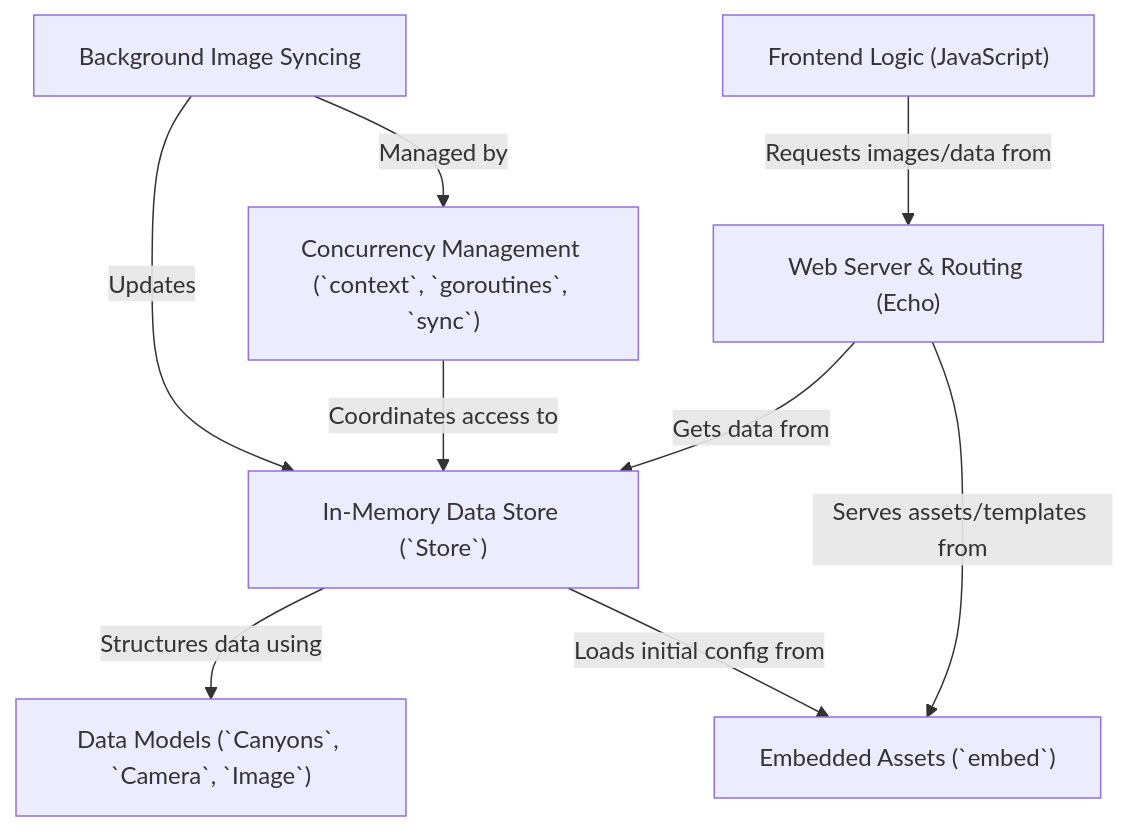
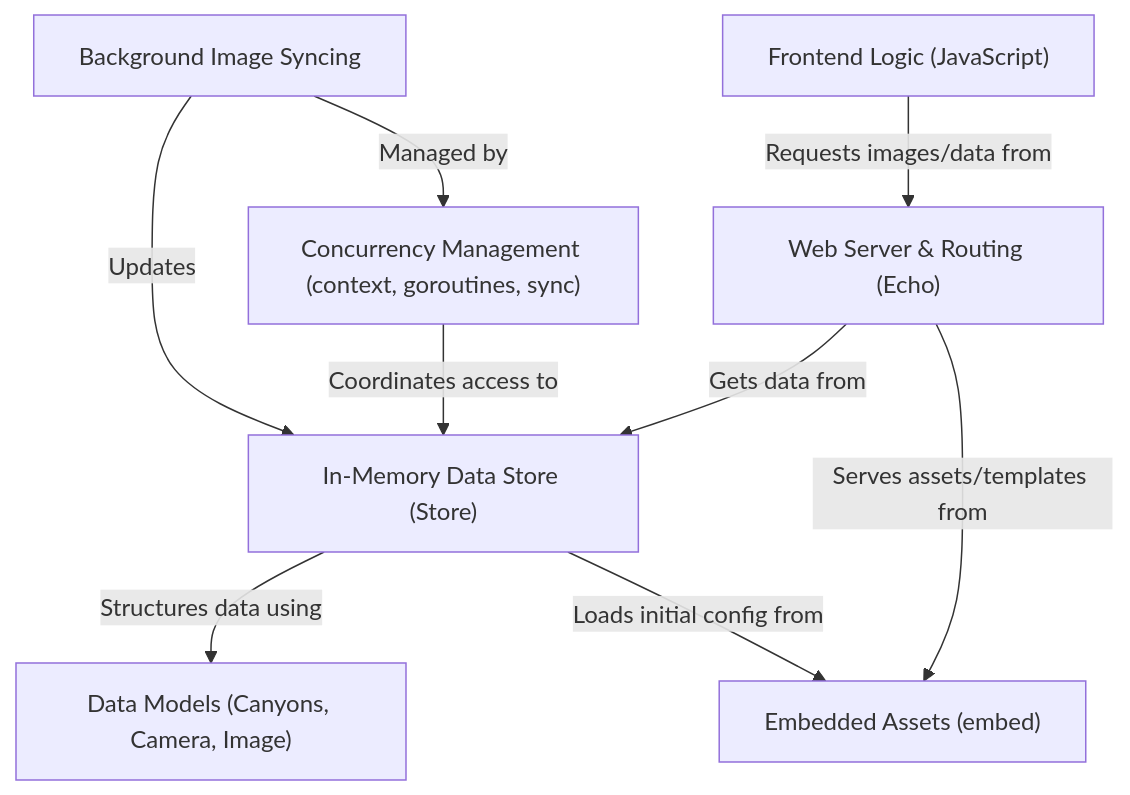
One commit to stefanpenner/lcc.live changed the diagram in docs/index.md. Above: the diagram before and after it, drawn with Mermaid. The commit also changed 1 other file, not shown here.

````diff
--- a/docs/index.md
+++ b/docs/index.md
@@ -10,25 +10,18 @@
 ```mermaid
 flowchart TD
-    A0["Web Server & Routing (Echo)
-"]
-    A1["In-Memory Data Store (`Store`)
-"]
-    A2["Data Models (`Canyons`, `Camera`, `Image`)
-"]
-    A3["Background Image Syncing
-"]
-    A4["Embedded Assets (`embed`)
-"]
-    A5["Concurrency Management (`context`, `goroutines`, `sync`)
-"]
-    A6["Frontend Logic (JavaScript)
-"]
+    A0["Web Server & Routing (Echo) "]
+    A1["In-Memory Data Store (Store) "]
+    A2["Data Models (Canyons, Camera, Image) "]
+    A3["Background Image Syncing "]
+    A4["Embedded Assets (embed) "]
+    A5["Concurrency Management (context, goroutines, sync) "]
+    A6["Frontend Logic (JavaScript)"]
     A0 -- "Gets data from" --> A1
     A0 -- "Serves assets/templates from" --> A4
     A1 -- "Structures data using" --> A2
     A1 -- "Loads initial config from" --> A4
     A3 -- "Updates" --> A1
     A3 -- "Managed by" --> A5
     A5 -- "Coordinates access to" --> A1
     A6 -- "Requests images/data from" --> A0
 ```
````
